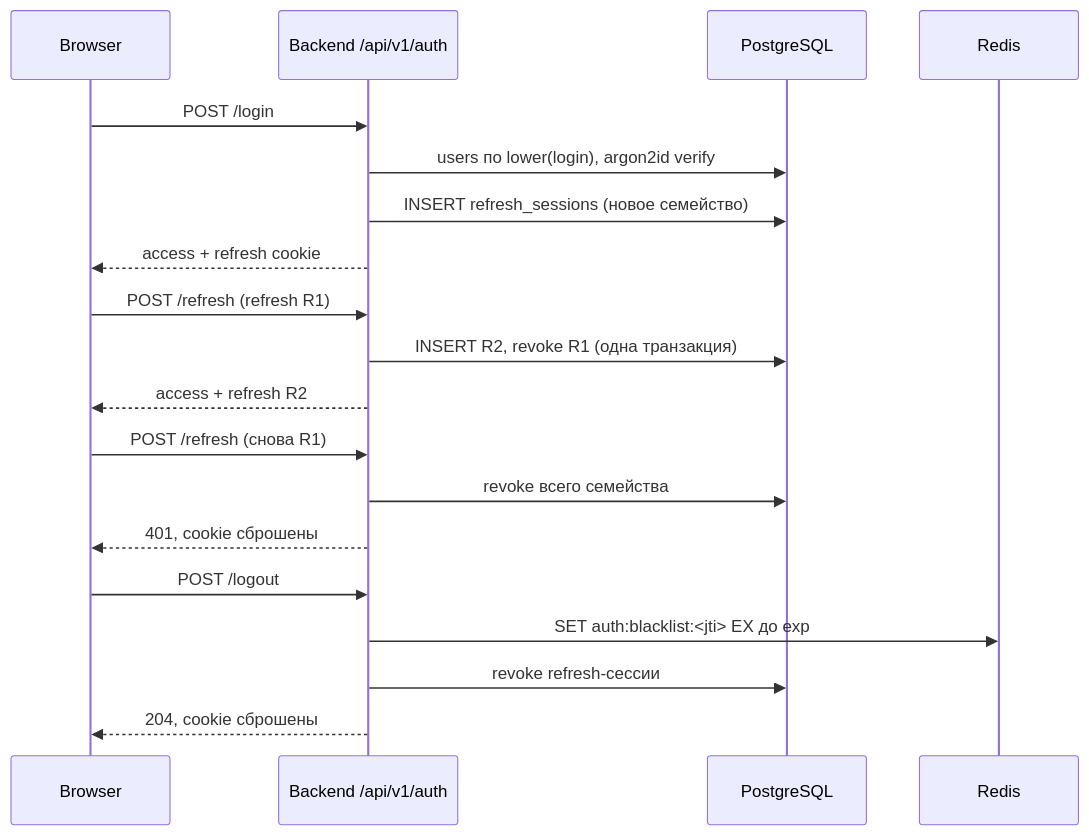
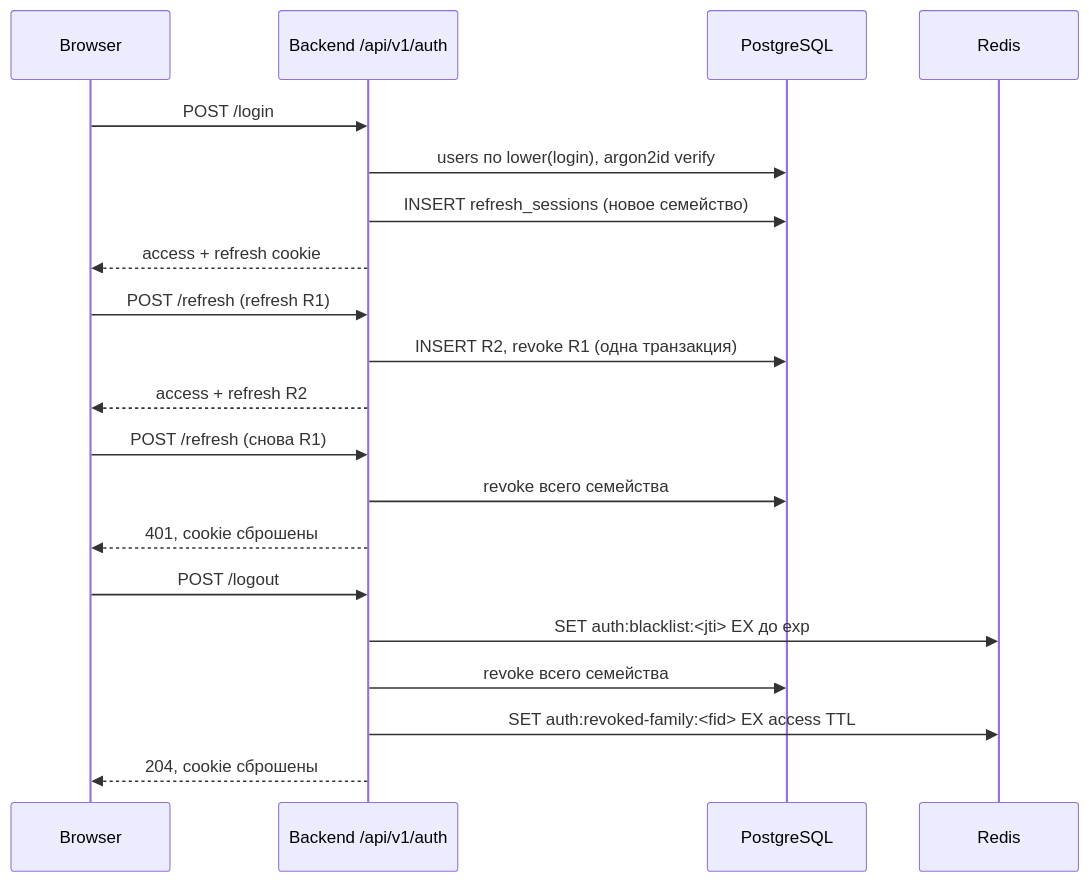
Before and after one commit to Nisakoo/BMSTU-NIRS: the first of 2 diagrams in docs/auth.md, drawn with Mermaid. The commit also changed other lines of this file and 65 other files, not shown here.

````diff
--- a/docs/auth.md
+++ b/docs/auth.md
@@ -62,22 +118,23 @@
 ```mermaid
 sequenceDiagram
     participant Browser
     participant API as Backend /api/v1/auth
     participant DB as PostgreSQL
     participant Redis
 
     Browser->>API: POST /login
     API->>DB: users по lower(login), argon2id verify
     API->>DB: INSERT refresh_sessions (новое семейство)
     API-->>Browser: access + refresh cookie
     Browser->>API: POST /refresh (refresh R1)
     API->>DB: INSERT R2, revoke R1 (одна транзакция)
     API-->>Browser: access + refresh R2
     Browser->>API: POST /refresh (снова R1)
     API->>DB: revoke всего семейства
     API-->>Browser: 401, cookie сброшены
     Browser->>API: POST /logout
     API->>Redis: SET auth:blacklist:<jti> EX до exp
-    API->>DB: revoke refresh-сессии
+    API->>DB: revoke всего семейства
+    API->>Redis: SET auth:revoked-family:<fid> EX access TTL
     API-->>Browser: 204, cookie сброшены
 ```
````
